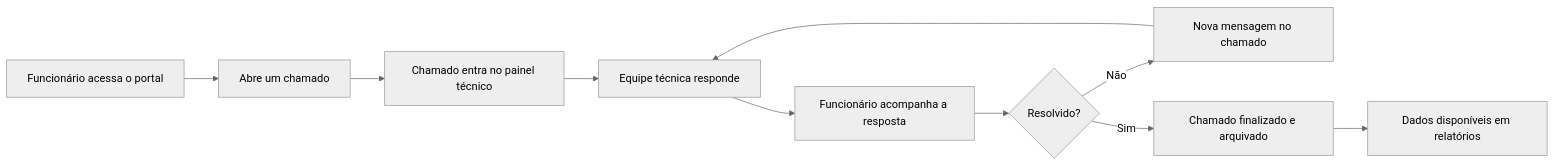
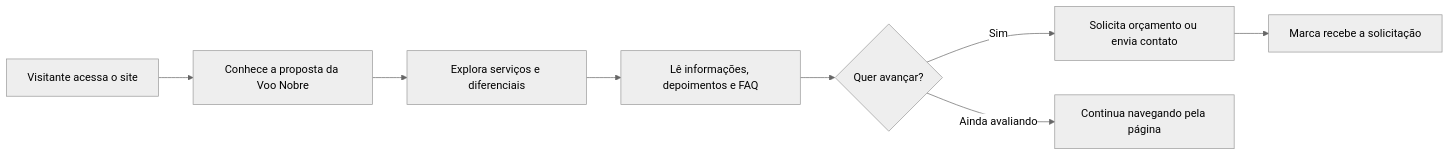
One commit to Radekradke/PTL changed the diagram in README.md. Above: the diagram before and after it, drawn with Mermaid (neutral theme). The commit also changed other lines of this file, not shown here.

````diff
--- a/README.md
+++ b/README.md
@@ -70,12 +62,10 @@
 ```mermaid
 flowchart LR
-    A["Funcionário acessa o portal"] --> B["Abre um chamado"]
-    B --> C["Chamado entra no painel técnico"]
-    C --> D["Equipe técnica responde"]
-    D --> E["Funcionário acompanha a resposta"]
-    E --> F{"Resolvido?"}
-    F -- "Não" --> G["Nova mensagem no chamado"]
-    G --> D
-    F -- "Sim" --> H["Chamado finalizado e arquivado"]
-    H --> I["Dados disponíveis em relatórios"]
+    A["Visitante acessa o site"] --> B["Conhece a proposta da Voo Nobre"]
+    B --> C["Explora serviços e diferenciais"]
+    C --> D["Lê informações, depoimentos e FAQ"]
+    D --> E{"Quer avançar?"}
+    E -- "Sim" --> F["Solicita orçamento ou envia contato"]
+    E -- "Ainda avaliando" --> G["Continua navegando pela página"]
+    F --> H["Marca recebe a solicitação"]
 ```
````
